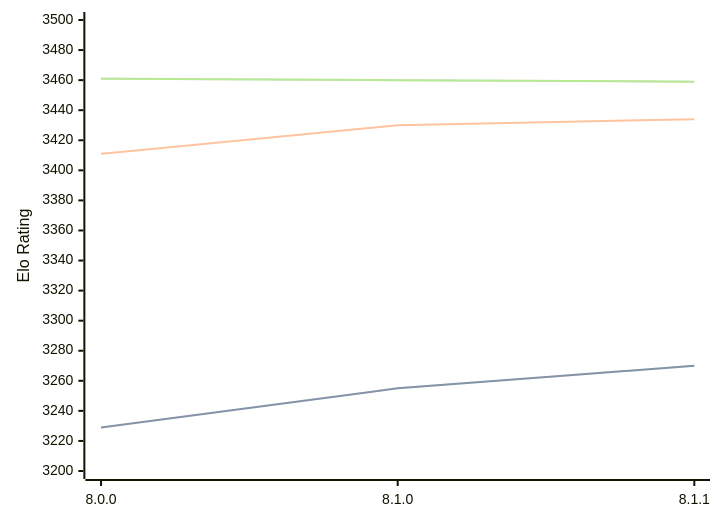
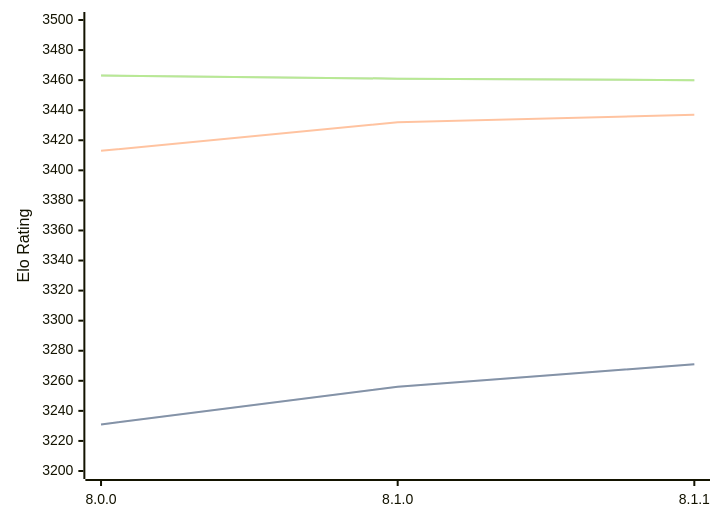
One commit to computer-chess-index/cci changed the diagram in engines/Velvet.md. Above: the diagram before and after it, drawn with Mermaid. The commit also changed other lines of this file, not shown here.

Commit message:
Update CCI Ratings (ELO VLTC) - 2026-08-09

````diff
--- a/engines/Velvet.md
+++ b/engines/Velvet.md
@@ -34,11 +34,11 @@
 ```mermaid
 %%{init: {"theme":"base","themeVariables":{"seriesColors:['#a3a3a3','#222221','#faa371']}}}%%
 xychart-beta
   x-axis ["8.0.0", "8.1.0", "8.1.1"]
   y-axis "Elo Rating" 3200 --> 3500
-  line "STC (8.0+0.08s)" [3229, 3255, 3270]
-  line "STC (8.0+0.08s)" [3229, 3255, 3270]
-  line "LTC (60.0+0.60s)" [3411, 3430, 3434]
-  line "VLTC (2m24s+1.12s)" [3461, 3460, 3459]
-  line "VLTC (2m24s+1.12s)" [3461, 3460, 3459]
+  line "STC (8.0+0.08s)" [3231, 3256, 3271]
+  line "STC (8.0+0.08s)" [3231, 3256, 3271]
+  line "LTC (60.0+0.60s)" [3413, 3432, 3437]
+  line "VLTC (2m24s+1.12s)" [3463, 3461, 3460]
+  line "VLTC (2m24s+1.12s)" [3463, 3461, 3460]
 ```
````
